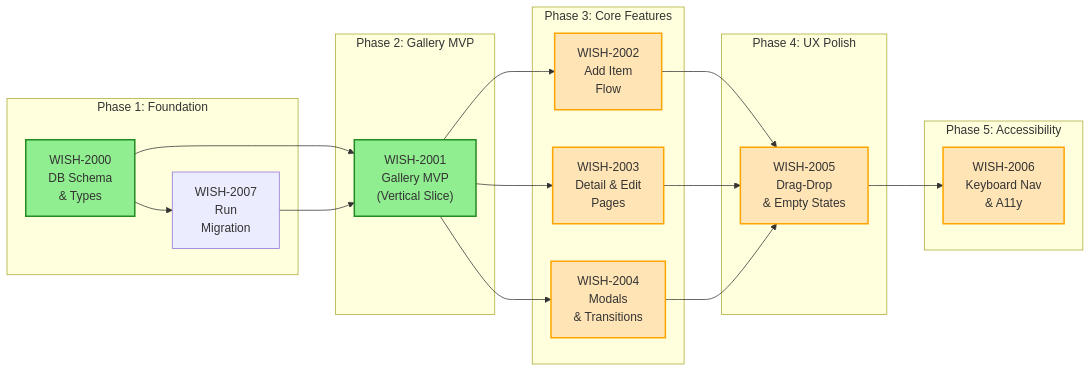
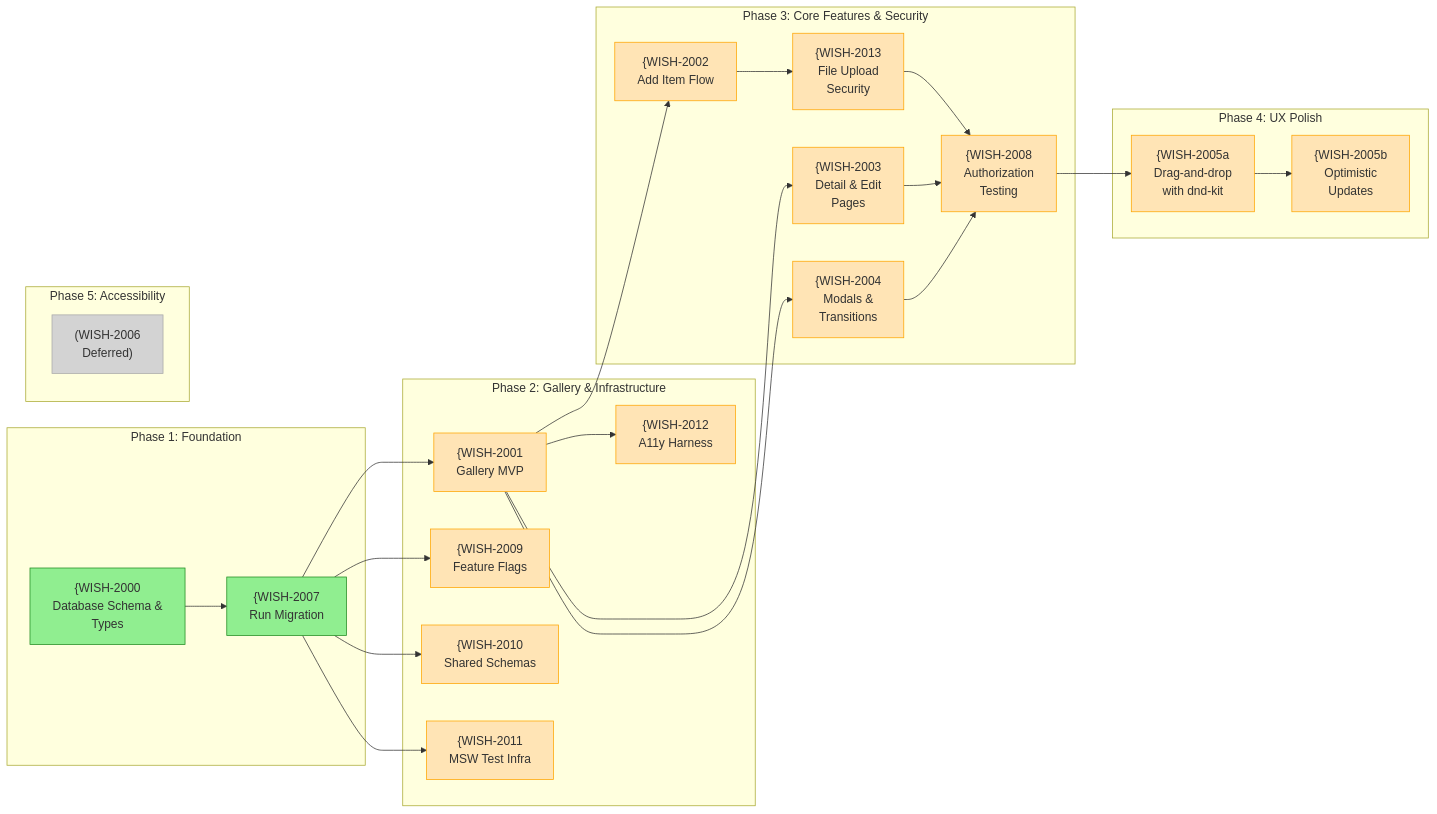
The first of 2 diagrams in plans/future/wish/WISH.roadmap.md (michael-menard/monorepo), drawn with Mermaid before and after one commit. The commit also changed other lines of this file and 83 other files, not shown here.

````diff
--- a/plans/future/wish/WISH.roadmap.md
+++ b/plans/future/wish/WISH.roadmap.md
@@ -20,45 +20,59 @@
 ```mermaid
 flowchart LR
     subgraph Phase1["Phase 1: Foundation"]
-        S001["WISH-2000<br/>DB Schema<br/>& Types"]
-        S007["WISH-2007<br/>Run<br/>Migration"]
+        S001["{WISH-2000<br/>Database Schema &<br/>Types"]
+        S007["{WISH-2007<br/>Run Migration"]
     end
 
-    subgraph Phase2["Phase 2: Gallery MVP"]
-        S002["WISH-2001<br/>Gallery MVP<br/>(Vertical Slice)"]
+    subgraph Phase2["Phase 2: Gallery & Infrastructure"]
+        S002["{WISH-2001<br/>Gallery MVP"]
+        S009["{WISH-2009<br/>Feature Flags"]
+        S010["{WISH-2010<br/>Shared Schemas"]
+        S011["{WISH-2011<br/>MSW Test Infra"]
+        S012["{WISH-2012<br/>A11y Harness"]
     end
 
-    subgraph Phase3["Phase 3: Core Features"]
-        S003["WISH-2002<br/>Add Item<br/>Flow"]
-        S004["WISH-2003<br/>Detail & Edit<br/>Pages"]
-        S005["WISH-2004<br/>Modals<br/>& Transitions"]
+    subgraph Phase3["Phase 3: Core Features & Security"]
+        S003["{WISH-2002<br/>Add Item Flow"]
+        S004["{WISH-2003<br/>Detail & Edit<br/>Pages"]
+        S005["{WISH-2004<br/>Modals &<br/>Transitions"]
+        S013["{WISH-2013<br/>File Upload<br/>Security"]
+        S008["{WISH-2008<br/>Authorization<br/>Testing"]
     end
 
     subgraph Phase4["Phase 4: UX Polish"]
-        S006["WISH-2005<br/>Drag-Drop<br/>& Empty States"]
+        S006a["{WISH-2005a<br/>Drag-and-drop<br/>with dnd-kit"]
+        S006b["{WISH-2005b<br/>Optimistic<br/>Updates"]
     end
 
     subgraph Phase5["Phase 5: Accessibility"]
-        S008["WISH-2006<br/>Keyboard Nav<br/>& A11y"]
+        S006c["(WISH-2006<br/>Deferred)"]
     end
 
     %% Dependencies
     S001 --> S007
-    S001 --> S002
     S007 --> S002
+    S007 --> S009
+    S007 --> S010
+    S007 --> S011
+    S002 --> S012
     S002 --> S003
     S002 --> S004
     S002 --> S005
-    S003 --> S006
-    S004 --> S006
-    S005 --> S006
-    S006 --> S008
+    S003 --> S013
+    S013 --> S008
+    S004 --> S008
+    S005 --> S008
+    S008 --> S006a
+    S006a --> S006b
 
     %% Styling
-    classDef ready fill:#90EE90,stroke:#228B22,stroke-width:2px
-    classDef blocked fill:#FFE4B5,stroke:#FFA500,stroke-width:2px
-    classDef done fill:#87CEEB,stroke:#4682B4,stroke-width:2px
+    classDef ready fill:#90EE90,stroke:#228B22
+    classDef blocked fill:#FFE4B5,stroke:#FFA500
+    classDef done fill:#87CEEB,stroke:#4682B4
+    classDef deferred fill:#D3D3D3,stroke:#A9A9A9
 
-    class S001,S002 ready
-    class S003,S004,S005,S006,S008 blocked
+    class S001,S007 ready
+    class S002,S003,S004,S005,S009,S010,S011,S012,S013,S008,S006a,S006b blocked
+    class S006c deferred
 ```
````
